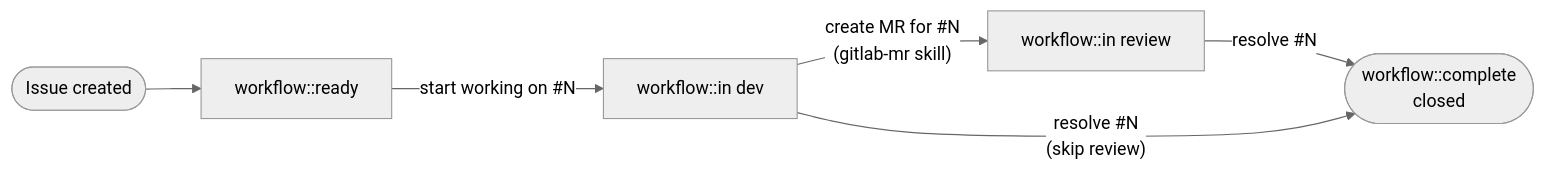
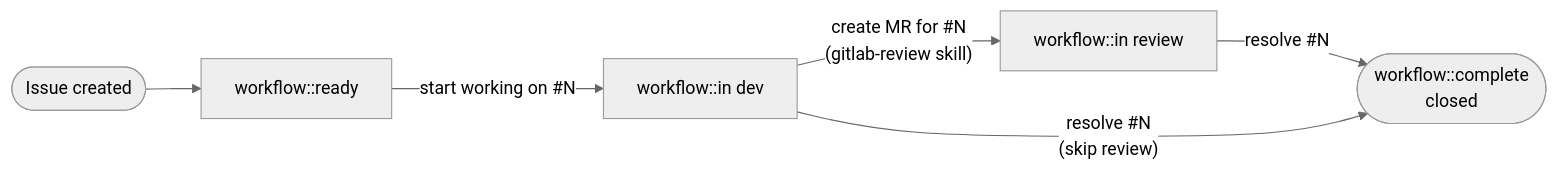
One commit to codeskine/gitlab-workflow changed the diagram in skills/gitlab-track/references/issue-lifecycle.md. Above: the diagram before and after it, drawn with Mermaid (neutral theme). The commit also changed other lines of this file and 5 other files, not shown here.

````diff
--- a/skills/gitlab-track/references/issue-lifecycle.md
+++ b/skills/gitlab-track/references/issue-lifecycle.md
@@ -5,14 +5,14 @@
 ```mermaid
 flowchart LR
     created([Issue created])
     ready[workflow::ready]
     indev[workflow::in dev]
     inreview[workflow::in review]
     complete([workflow::complete\nclosed])
 
     created --> ready
     ready -->|"start working on #N"| indev
-    indev -->|"create MR for #N\n(gitlab-mr skill)"| inreview
+    indev -->|"create MR for #N\n(gitlab-review skill)"| inreview
     inreview -->|"resolve #N"| complete
     indev -->|"resolve #N\n(skip review)"| complete
 ```
````
